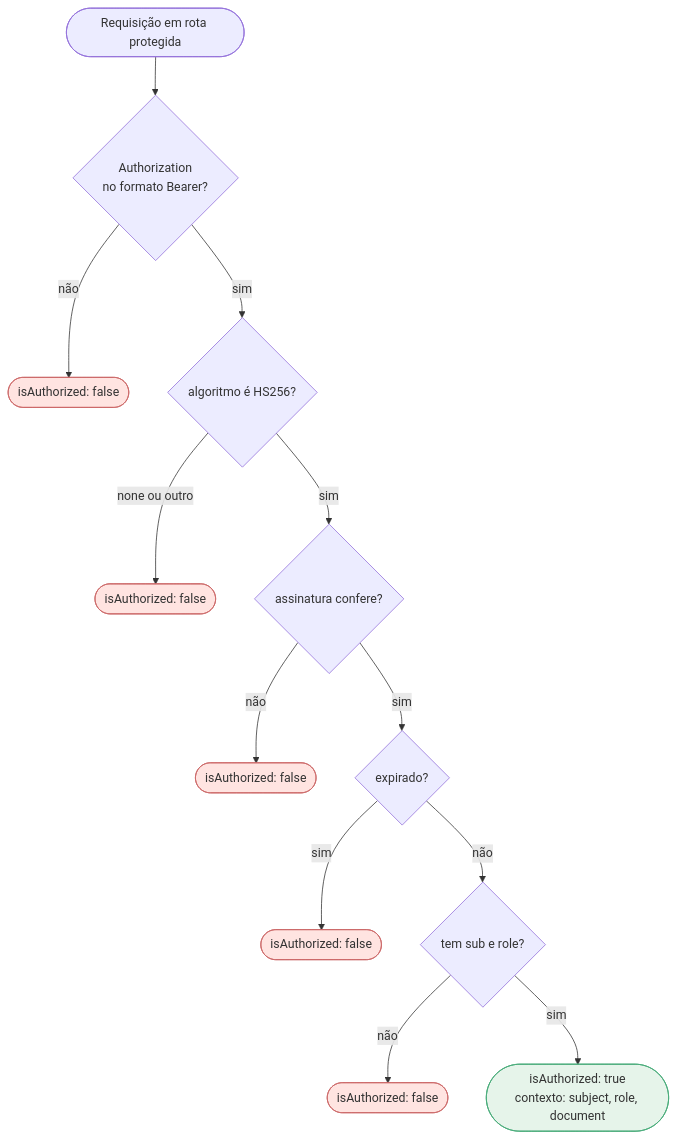
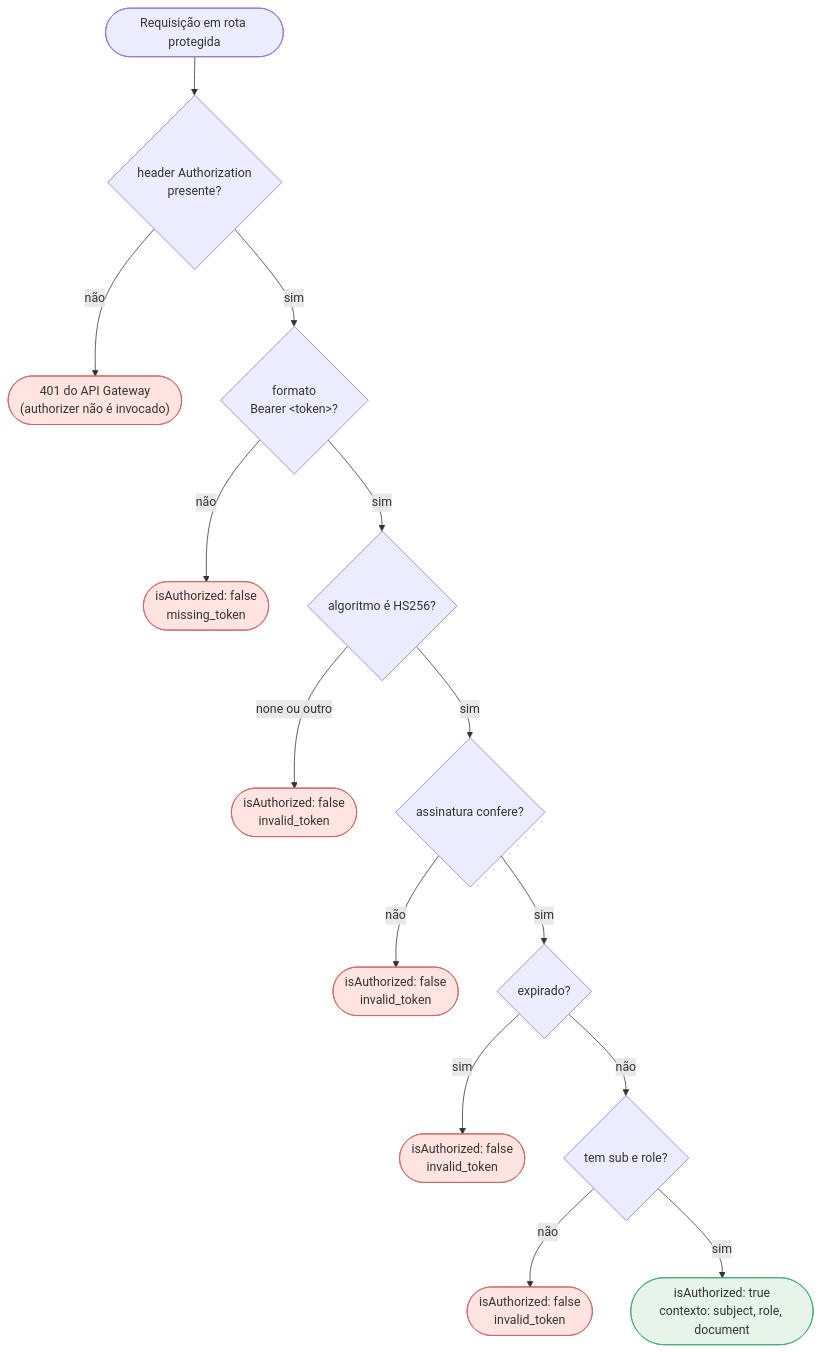
One commit to Kc1t/postech-tc4-lambda-auth changed the third of 3 diagrams in README.md. Above: the diagram before and after it, drawn with Mermaid. The commit also changed other lines of this file, not shown here.

````diff
--- a/README.md
+++ b/README.md
@@ -86,21 +115,24 @@
 ```mermaid
 flowchart TD
-    e(["Requisição em rota protegida"]) --> h{"Authorization<br/>no formato Bearer?"}
-    h -->|não| d1(["isAuthorized: false"])
+    g(["Requisição em rota protegida"]) --> hdr{"header Authorization<br/>presente?"}
+    hdr -->|não| r401(["401 do API Gateway<br/>(authorizer não é invocado)"])
+    hdr -->|sim| h{"formato<br/>Bearer &lt;token&gt;?"}
+    h -->|não| d1(["isAuthorized: false<br/>missing_token"])
     h -->|sim| alg{"algoritmo é HS256?"}
-    alg -->|"none ou outro"| d2(["isAuthorized: false"])
+    alg -->|"none ou outro"| d2(["isAuthorized: false<br/>invalid_token"])
     alg -->|sim| sig{"assinatura confere?"}
-    sig -->|não| d3(["isAuthorized: false"])
+    sig -->|não| d3(["isAuthorized: false<br/>invalid_token"])
     sig -->|sim| exp{"expirado?"}
-    exp -->|sim| d4(["isAuthorized: false"])
+    exp -->|sim| d4(["isAuthorized: false<br/>invalid_token"])
     exp -->|não| cl{"tem sub e role?"}
-    cl -->|não| d5(["isAuthorized: false"])
+    cl -->|não| d5(["isAuthorized: false<br/>invalid_token"])
     cl -->|sim| allow(["isAuthorized: true<br/>contexto: subject, role, document"])
 
+    style r401 fill:#ffe4e1,stroke:#c66
     style d1 fill:#ffe4e1,stroke:#c66
     style d2 fill:#ffe4e1,stroke:#c66
     style d3 fill:#ffe4e1,stroke:#c66
     style d4 fill:#ffe4e1,stroke:#c66
     style d5 fill:#ffe4e1,stroke:#c66
     style allow fill:#e6f4ea,stroke:#4a7
 ```
````
